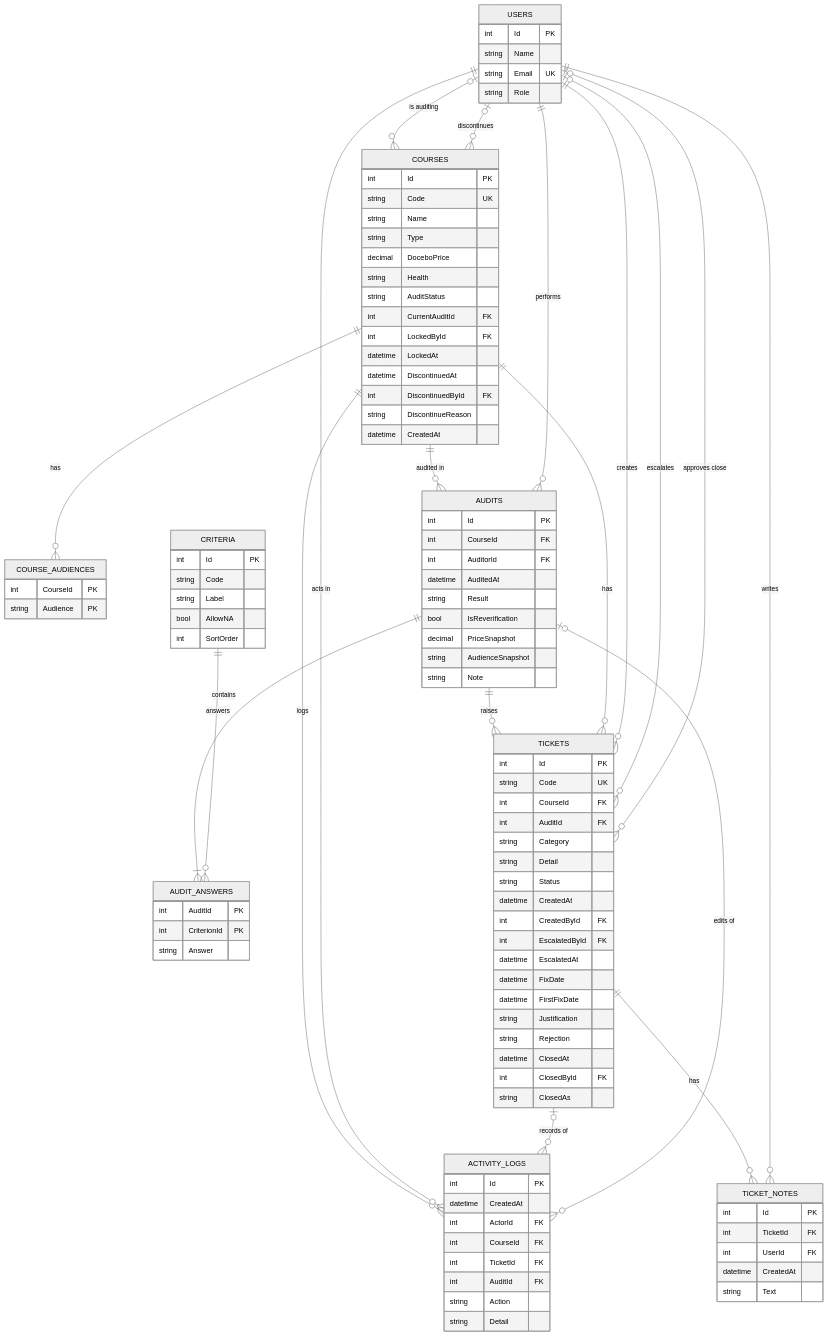
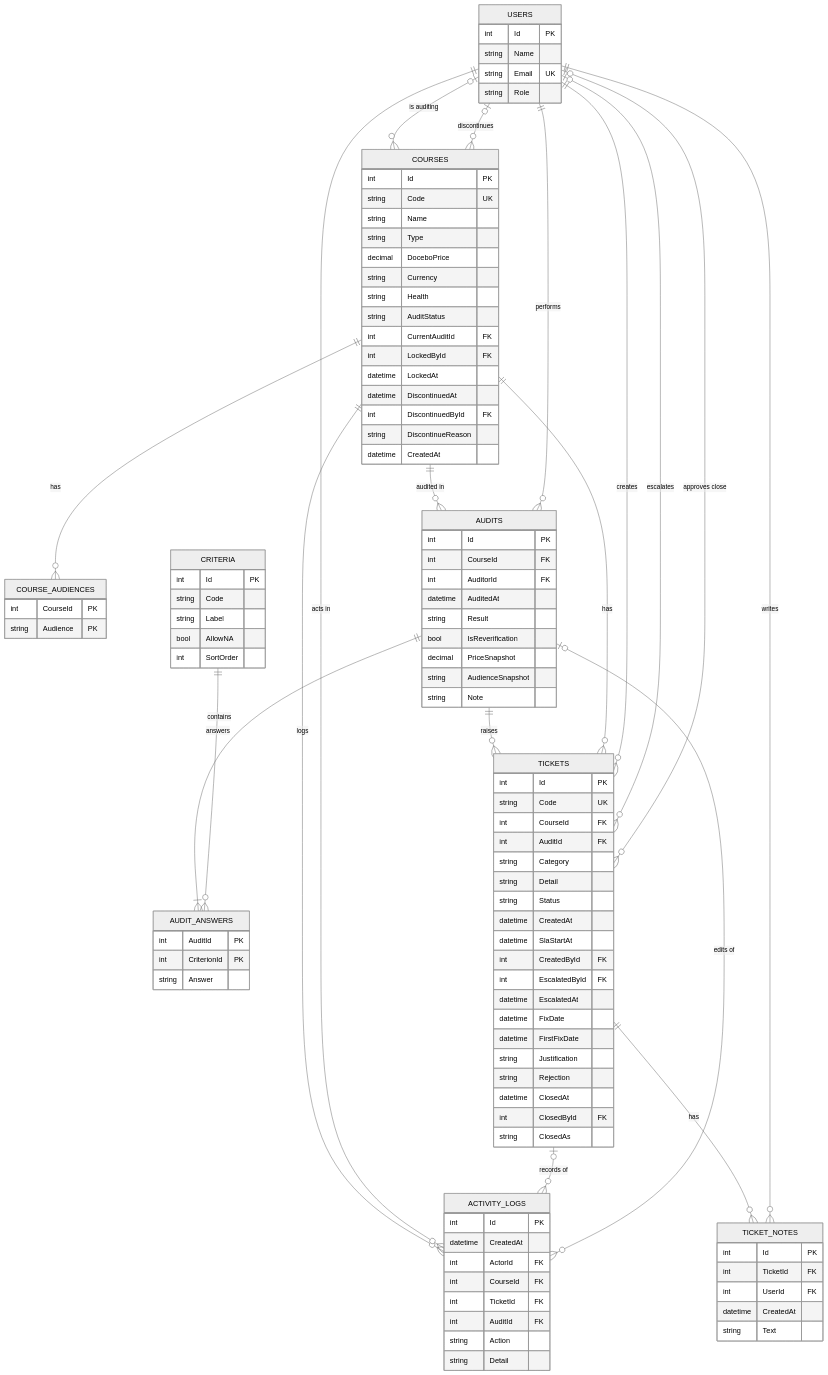
Before and after one commit to ahpou9512/course-audit-demo: the diagram in database.md, drawn with Mermaid (neutral theme). The commit also changed other lines of this file and 10 other files, not shown here.

```diff
--- a/database.md
+++ b/database.md
@@ -37,6 +37,7 @@
     string Name
     string Type
     decimal DoceboPrice
+    string Currency
     string Health
     string AuditStatus
     int CurrentAuditId FK
@@ -83,6 +84,7 @@
     string Detail
     string Status
     datetime CreatedAt
+    datetime SlaStartAt
     int CreatedById FK
     int EscalatedById FK
     datetime EscalatedAt
```
